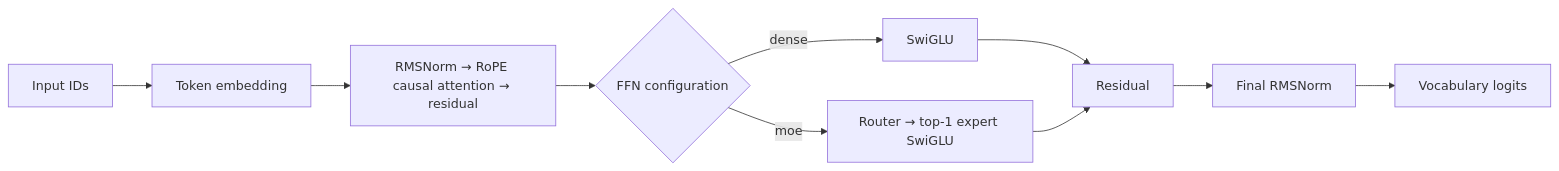
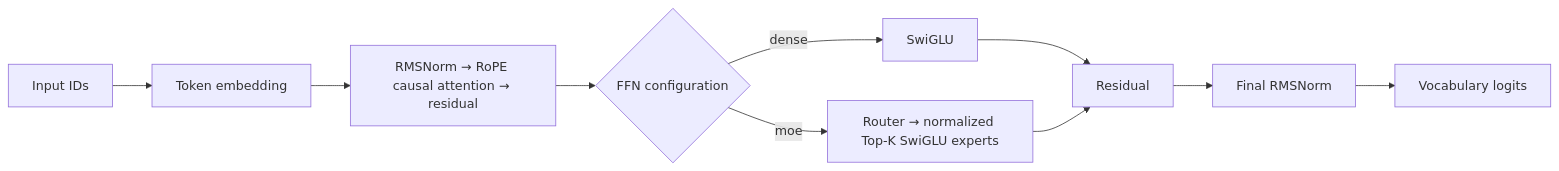
The first of 2 diagrams in docs/architecture.md (supernovae/tiny-sparse-lab), drawn with Mermaid before and after one commit. The commit also changed other lines of this file, not shown here.

Commit message:
Reconcile sparse architecture documentation

````diff
--- a/docs/architecture.md
+++ b/docs/architecture.md
@@ -5,12 +5,12 @@
 ```mermaid
 flowchart LR
   ids[Input IDs] --> emb[Token embedding]
   emb --> attention[RMSNorm → RoPE causal attention → residual]
   attention --> choice{FFN configuration}
   choice -->|dense| dense[SwiGLU]
-  choice -->|moe| router[Router → top-1 expert SwiGLU]
+  choice -->|moe| router[Router → normalized Top-K SwiGLU experts]
   dense --> residual[Residual]
   router --> residual
   residual --> norm[Final RMSNorm]
   norm --> logits[Vocabulary logits]
 ```
````
